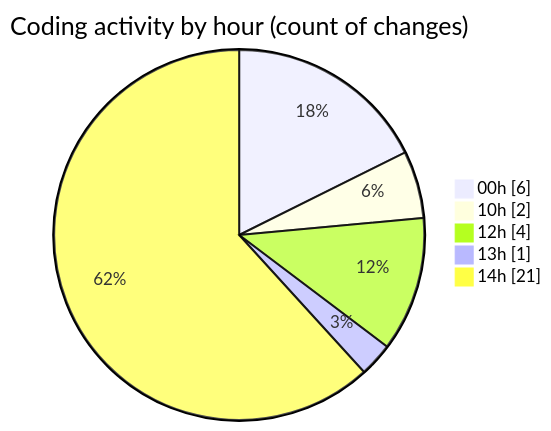
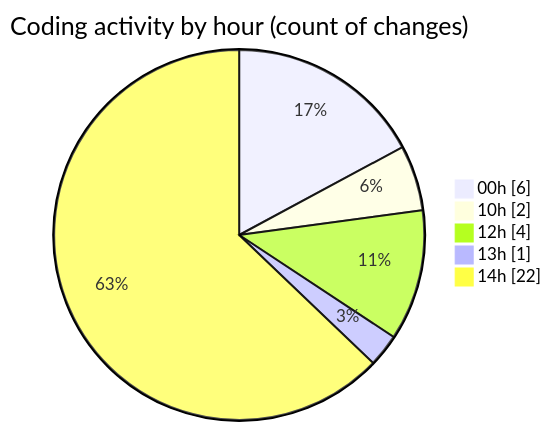
The second of 2 diagrams in 2025-06-04/nxtqube_webapp/README.md (nxtqubesakshisongat/code-tracking), drawn with Mermaid before and after one commit. The commit also changed other lines of this file and 1 other file, not shown here.

````diff
--- a/2025-06-04/nxtqube_webapp/README.md
+++ b/2025-06-04/nxtqube_webapp/README.md
@@ -31,9 +31,9 @@
 ```mermaid
 pie showData
 title Coding activity by hour (count of changes)
 "00h" : 6
 "10h" : 2
 "12h" : 4
 "13h" : 1
-"14h" : 21
+"14h" : 22
 ```
````
